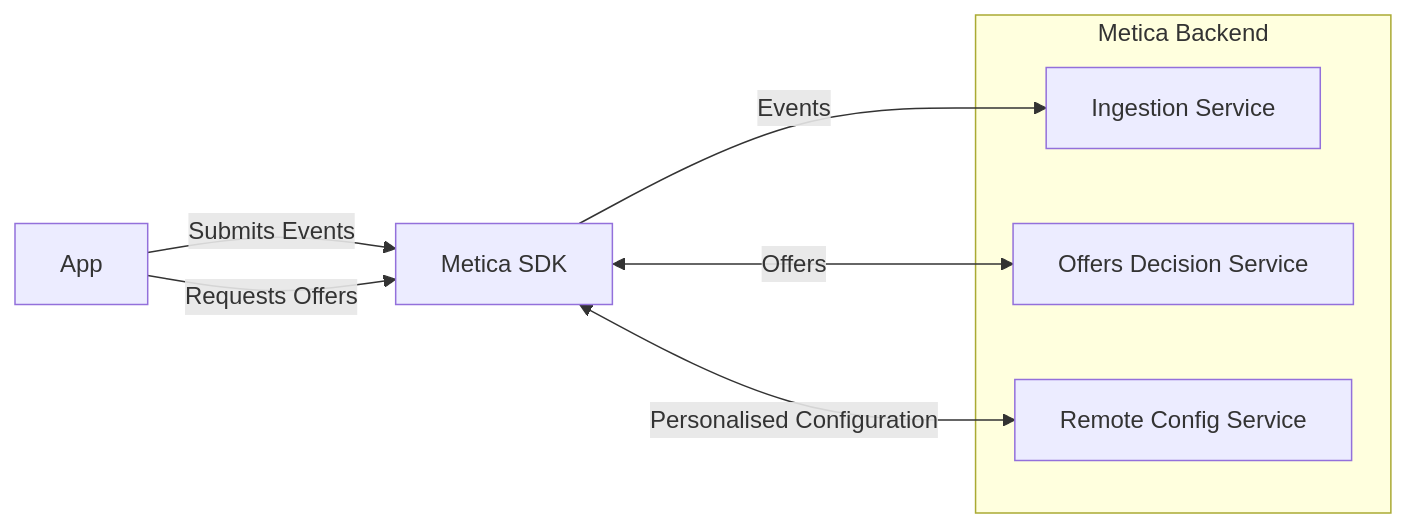
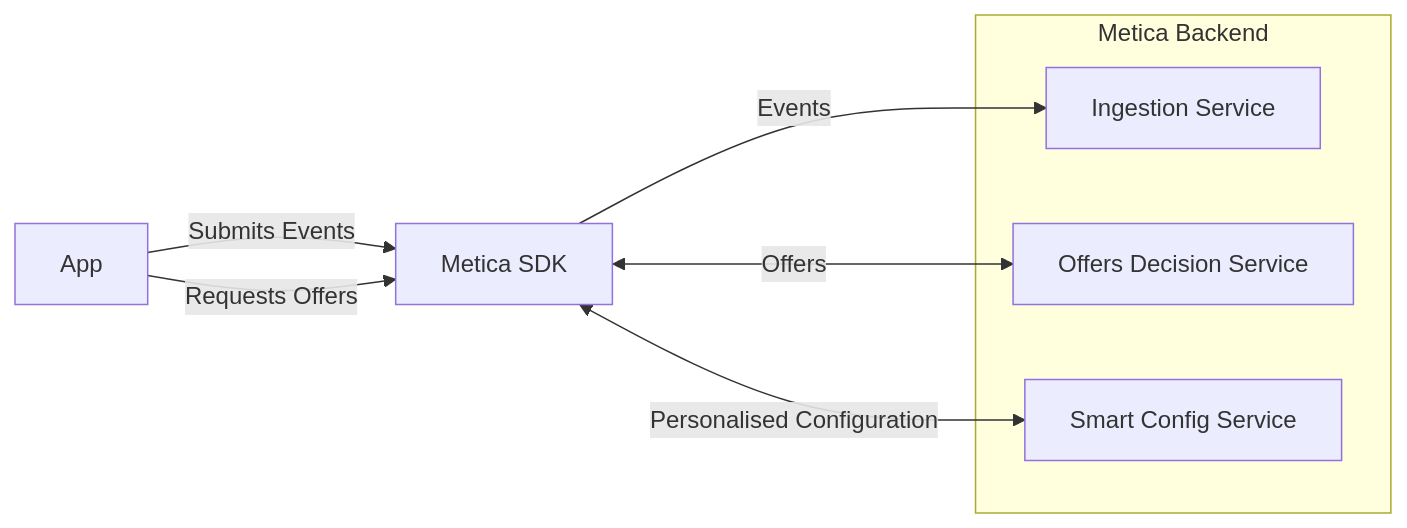
One commit to meticalabs/metica-unity-sdk changed the diagram in README.md. Above: the diagram before and after it, drawn with Mermaid. The commit also changed other lines of this file, not shown here.

````diff
--- a/README.md
+++ b/README.md
@@ -17,12 +17,12 @@
 ```mermaid
 graph LR
     App -- Submits Events --> SDK[Metica SDK] -- Events --> Ingestion
     App -- Requests Offers --> SDK
     SDK <-- Offers --> ODS
-    SDK <-- Personalised Configuration --> RemoteConfig
+    SDK <-- Personalised Configuration --> SmartConfig
     subgraph Metica Backend
         Ingestion[Ingestion Service]
         ODS[Offers Decision Service]
-        RemoteConfig[Remote Config Service]
+        SmartConfig[Smart Config Service]
     end
 ```
````
